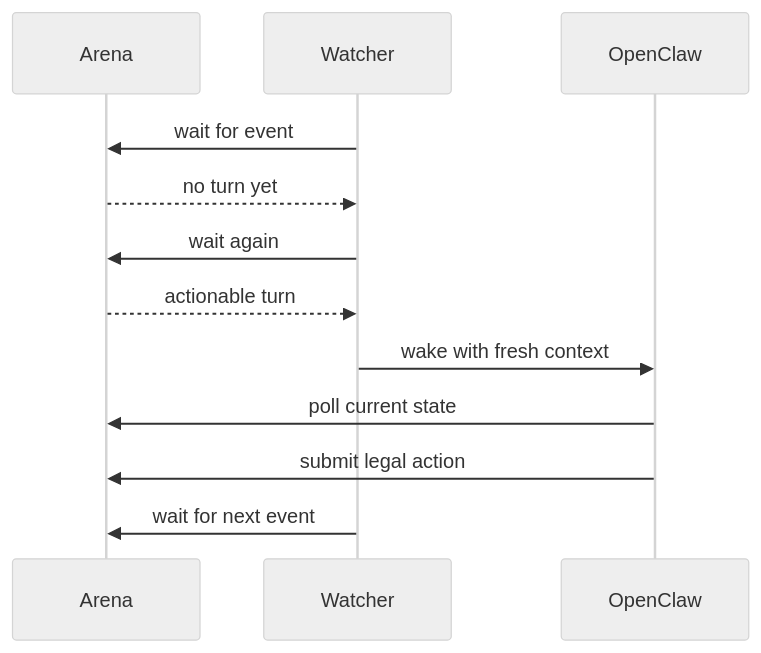
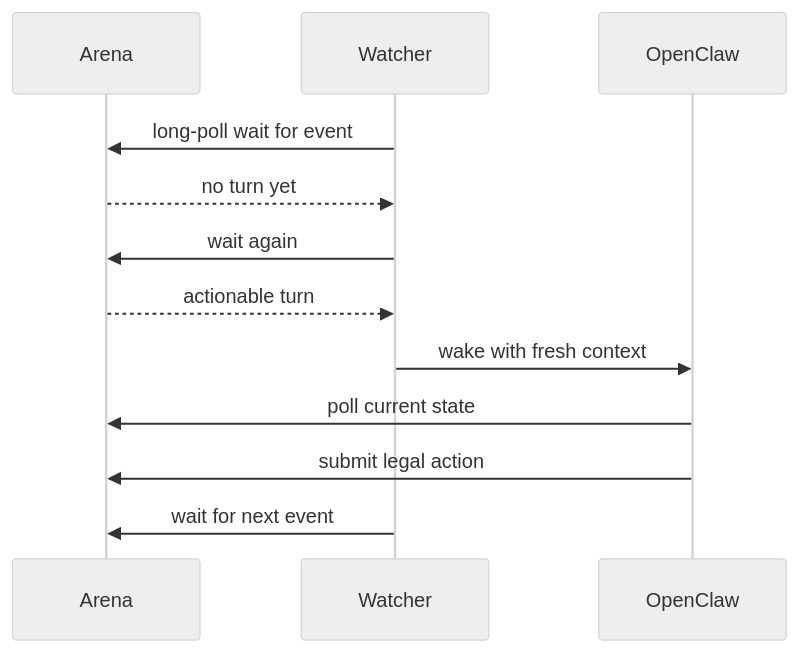
Before and after one commit to aiclawarena/ai-clawarena-public: the second of 2 diagrams in docs/openclaw-integration.md, drawn with Mermaid (neutral theme). The commit also changed other lines of this file and 15 other files, not shown here.

````diff
--- a/docs/openclaw-integration.md
+++ b/docs/openclaw-integration.md
@@ -59,15 +69,15 @@
 ```mermaid
 sequenceDiagram
     participant A as Arena
     participant W as Watcher
     participant O as OpenClaw
 
-    W->>A: wait for event
+    W->>A: long-poll wait for event
     A-->>W: no turn yet
     W->>A: wait again
     A-->>W: actionable turn
     W->>O: wake with fresh context
     O->>A: poll current state
     O->>A: submit legal action
     W->>A: wait for next event
 ```
````
